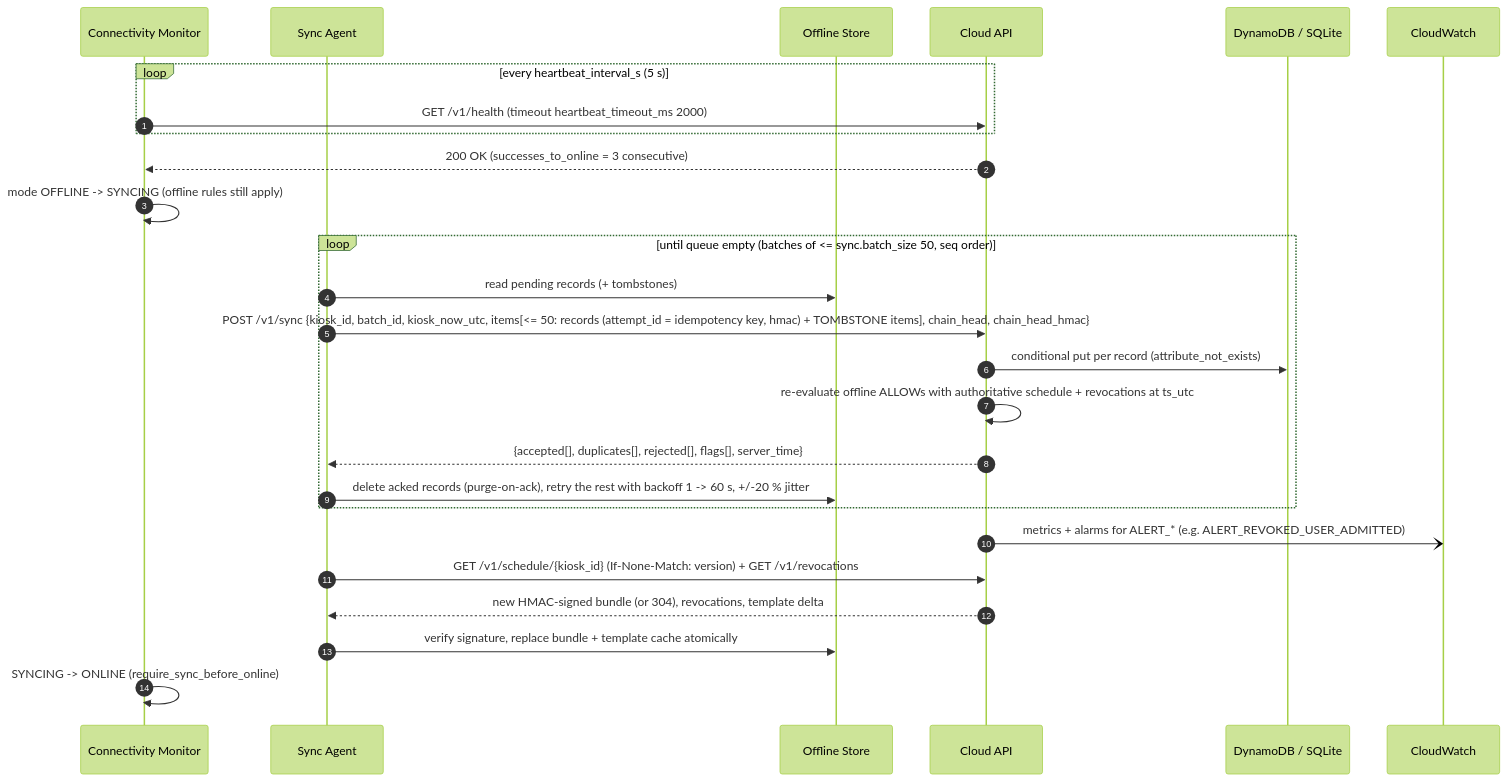
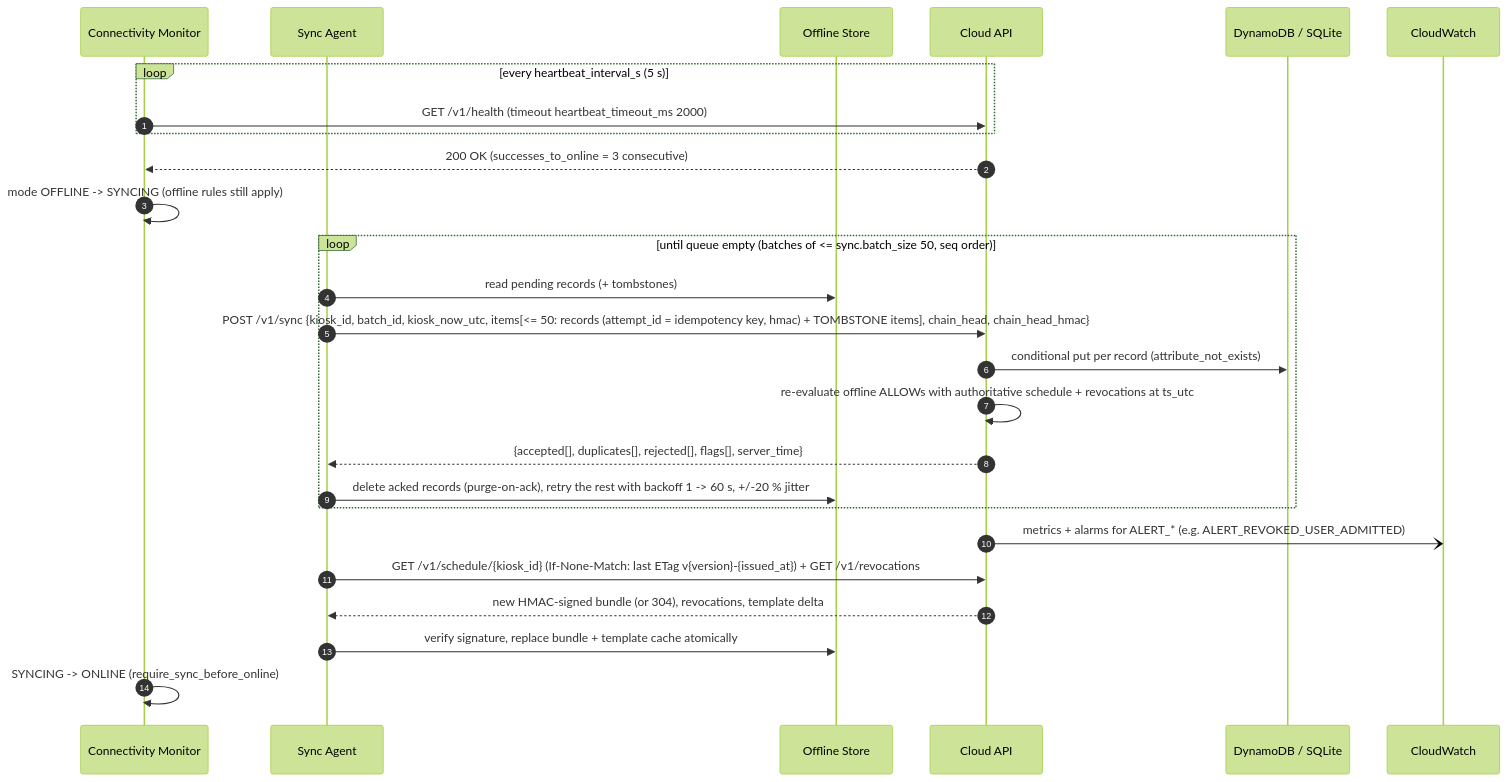
Before and after one commit to PixelAlgorithm/FaceGuard: the fourth of 4 diagrams in docs/ARCHITECTURE.md, drawn with Mermaid (forest theme). The commit also changed other lines of this file and 13 other files, not shown here.

````diff
--- a/docs/ARCHITECTURE.md
+++ b/docs/ARCHITECTURE.md
@@ -376,29 +481,29 @@
 ```mermaid
 sequenceDiagram
   autonumber
   participant CM as Connectivity Monitor
   participant SA as Sync Agent
   participant S as Offline Store
   participant C as Cloud API
   participant DB as DynamoDB / SQLite
   participant CW as CloudWatch
 
   loop every heartbeat_interval_s (5 s)
     CM->>C: GET /v1/health (timeout heartbeat_timeout_ms 2000)
   end
   C-->>CM: 200 OK (successes_to_online = 3 consecutive)
   CM->>CM: mode OFFLINE -> SYNCING (offline rules still apply)
   loop until queue empty (batches of <= sync.batch_size 50, seq order)
     SA->>S: read pending records (+ tombstones)
     SA->>C: POST /v1/sync {kiosk_id, batch_id, kiosk_now_utc, items[<= 50: records (attempt_id = idempotency key, hmac) + TOMBSTONE items], chain_head, chain_head_hmac}
     C->>DB: conditional put per record (attribute_not_exists)
     C->>C: re-evaluate offline ALLOWs with authoritative schedule + revocations at ts_utc
     C-->>SA: {accepted[], duplicates[], rejected[], flags[], server_time}
     SA->>S: delete acked records (purge-on-ack), retry the rest with backoff 1 -> 60 s, +/-20 % jitter
   end
   C-)CW: metrics + alarms for ALERT_* (e.g. ALERT_REVOKED_USER_ADMITTED)
-  SA->>C: GET /v1/schedule/{kiosk_id} (If-None-Match: version) + GET /v1/revocations
+  SA->>C: GET /v1/schedule/{kiosk_id} (If-None-Match: last ETag v{version}-{issued_at}) + GET /v1/revocations
   C-->>SA: new HMAC-signed bundle (or 304), revocations, template delta
   SA->>S: verify signature, replace bundle + template cache atomically
   CM->>CM: SYNCING -> ONLINE (require_sync_before_online)
 ```
````
